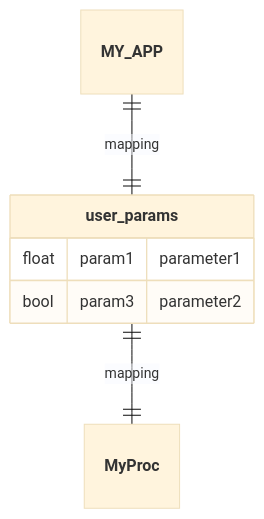
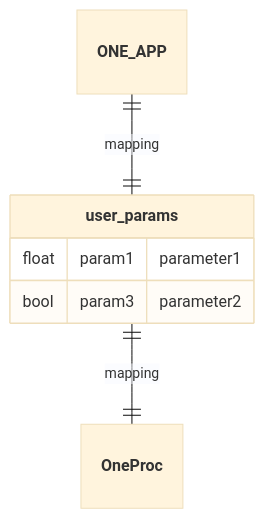
Before and after one commit to nuremics/nuremics: the sixth of 17 diagrams in README.md, drawn with Mermaid (base theme). The commit also changed other lines of this file, not shown here.

````diff
--- a/README.md
+++ b/README.md
@@ -200,10 +200,10 @@
 ```mermaid
 erDiagram
-  **MY_APP** ||--|| **user_params** : mapping
-  **user_params** ||--|| **MyProc** : mapping
+  **ONE_APP** ||--|| **user_params** : mapping
+  **user_params** ||--|| **OneProc** : mapping
 
   **user_params** {
     float param1 "parameter1"
     bool param3 "parameter2"
   }
 ```
````
